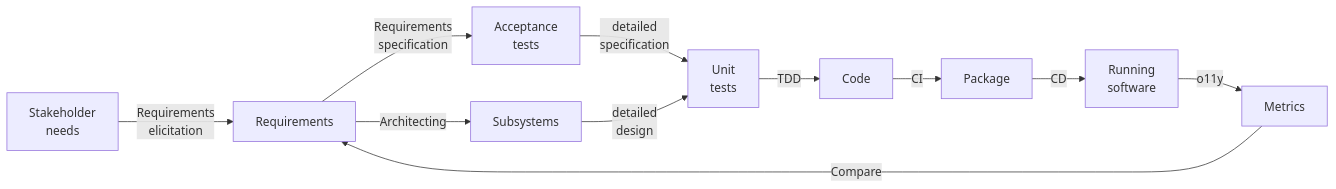
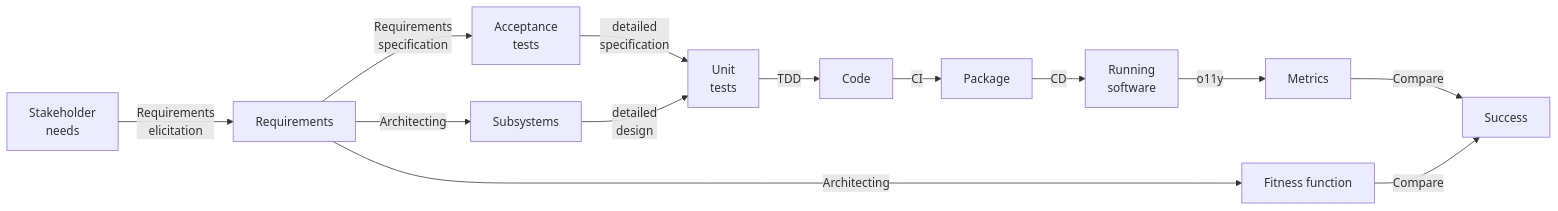
One commit to setms/book changed the diagram in docs/engineering-process/analysis.md. Above: the diagram before and after it, drawn with Mermaid.

Commit message:
Minor improvement to process diagram

````diff
--- a/docs/engineering-process/analysis.md
+++ b/docs/engineering-process/analysis.md
@@ -6,24 +6,29 @@
 ```mermaid
 flowchart LR
   N[Stakeholder\nneeds]
   R[Requirements]
   S[Subsystems]
   AT[Acceptance\ntests]
   UT[Unit\ntests]
   C[Code]
   P[Package]
   E[Running\nsoftware]
   M[Metrics]
+  F[Fitness function]
+
 
   UT --TDD--> C
   C --CI--> P
   P --CD--> E
   E -- o11y --> M
-  M --Compare--> R
+  R --Architecting--> F
 
   N --Requirements\nelicitation-->
   R --Architecting--> S
   R --Requirements\nspecification--> AT
   AT --detailed\nspecification--> UT
   S --detailed\ndesign--> UT
+
+  M --Compare--> Success
+  F --Compare--> Success
 ```
````
